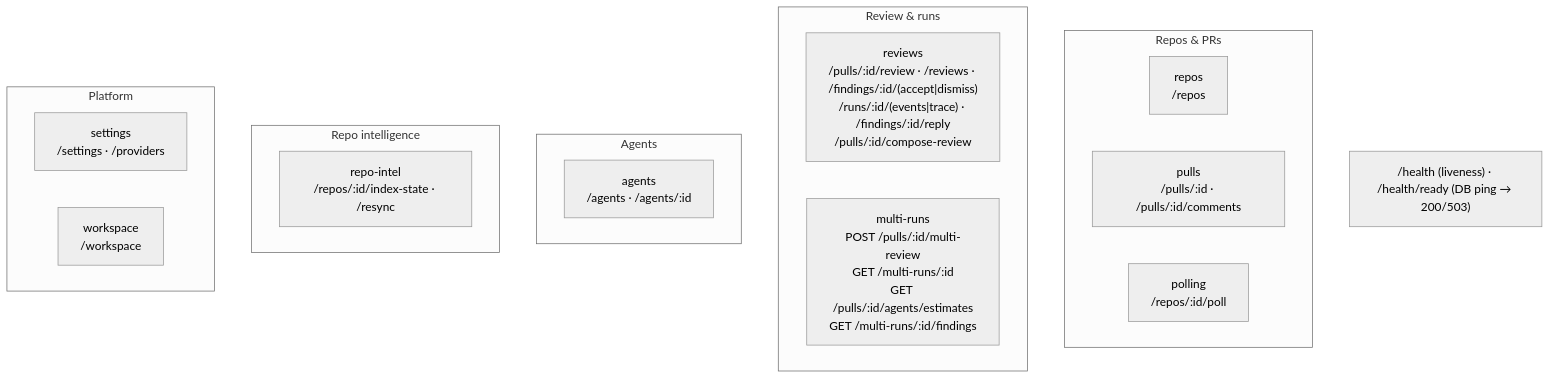
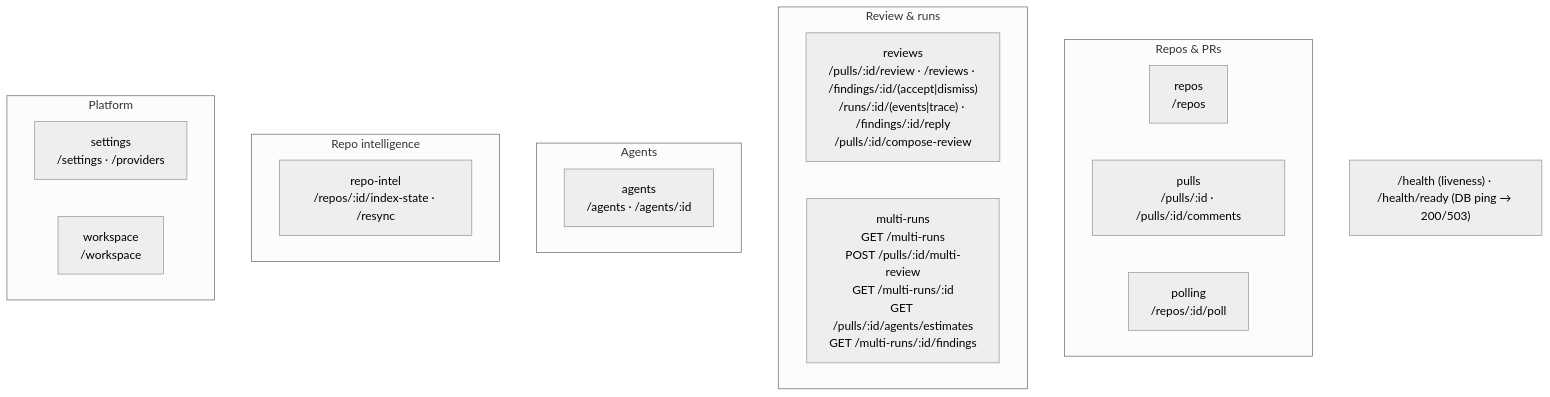
Before and after one commit to VadimPoltoratskiy/dev-digest: the second of 2 diagrams in server/docs/README.md, drawn with Mermaid (neutral theme). The commit also changed 27 other files, not shown here.

First line of the commit message:
Add Multi-Agent Review history page

````diff
--- a/server/docs/README.md
+++ b/server/docs/README.md
@@ -64,23 +64,23 @@
 ```mermaid
 flowchart TB
   subgraph Repos_PRs["Repos & PRs"]
     repos["repos<br/>/repos"]
     pulls["pulls<br/>/pulls/:id · /pulls/:id/comments"]
     polling["polling<br/>/repos/:id/poll"]
   end
   subgraph Review["Review & runs"]
     reviews["reviews<br/>/pulls/:id/review · /reviews · /findings/:id/(accept|dismiss)<br/>/runs/:id/(events|trace) · /findings/:id/reply<br/>/pulls/:id/compose-review"]
-    multiRuns["multi-runs<br/>POST /pulls/:id/multi-review<br/>GET /multi-runs/:id<br/>GET /pulls/:id/agents/estimates<br/>GET /multi-runs/:id/findings"]
+    multiRuns["multi-runs<br/>GET /multi-runs<br/>POST /pulls/:id/multi-review<br/>GET /multi-runs/:id<br/>GET /pulls/:id/agents/estimates<br/>GET /multi-runs/:id/findings"]
   end
   subgraph Agents["Agents"]
     agents["agents<br/>/agents · /agents/:id"]
   end
   subgraph Intel["Repo intelligence"]
     repoIntel["repo-intel<br/>/repos/:id/index-state · /resync"]
   end
   subgraph Platform["Platform"]
     settings["settings<br/>/settings · /providers"]
     workspace["workspace<br/>/workspace"]
   end
   HEALTH["/health (liveness) · /health/ready (DB ping → 200/503)"]
 ```
````
